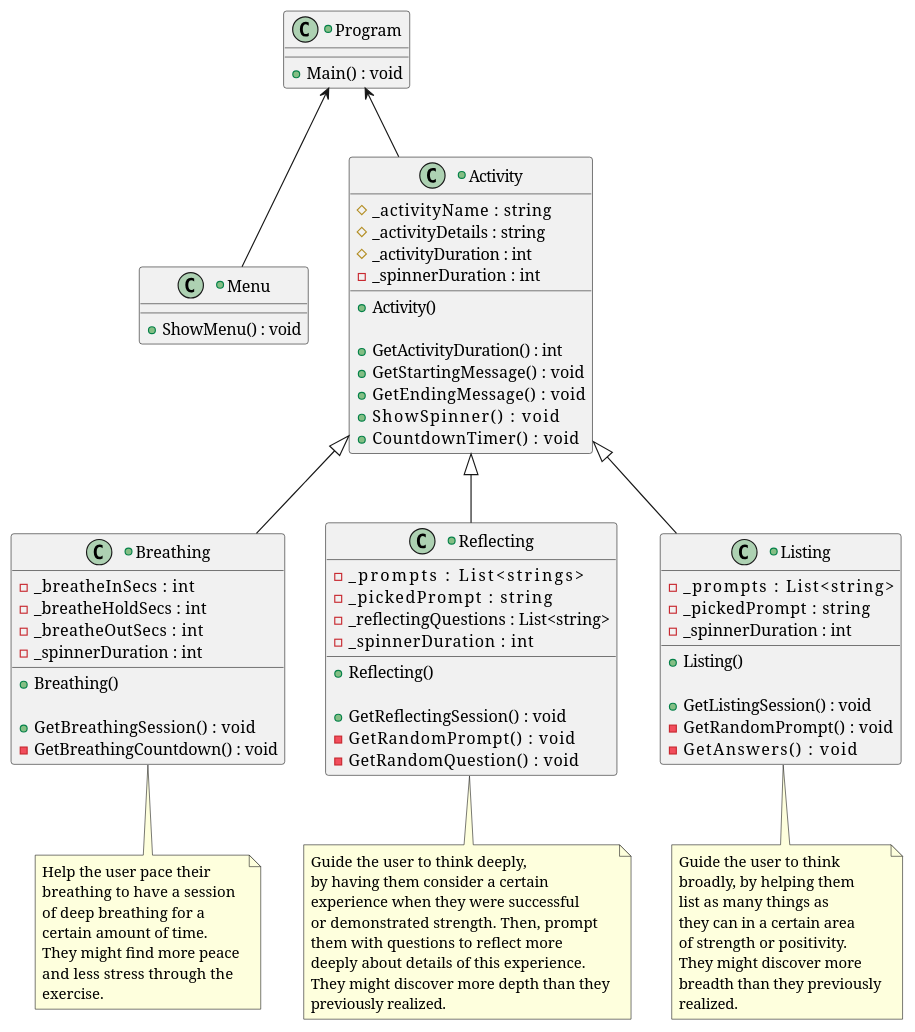
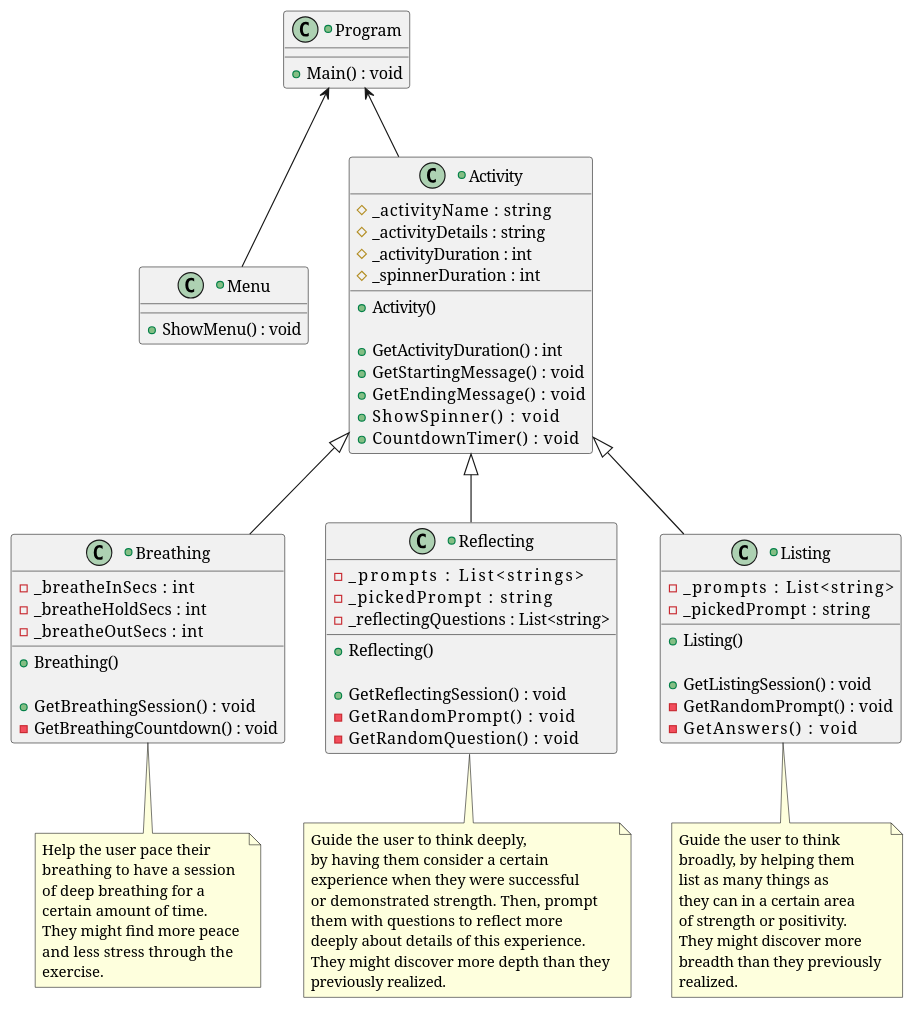
The diagram in prove/Develop04/Diagram.plantuml (moiseshn/cse210), drawn with PlantUML before and after one commit. The commit also changed 4 other files, not shown here.

```diff
--- a/prove/Develop04/Diagram.plantuml
+++ b/prove/Develop04/Diagram.plantuml
@@ -1,108 +1,105 @@
 @startuml Mindfulness
 
 +class Program {
   + Main()  : void
 }
 +class Menu {
   + ShowMenu() : void
 }
 +class Activity {
 ' Attributes
   # _activityName     : string
   # _activityDetails  : string
   # _activityDuration : int
-  - _spinnerDuration  : int
+  # _spinnerDuration  : int
 
 ' Constructors
   + Activity()
   
 ' Behaviors
   + GetActivityDuration() : int
   + GetStartingMessage()  : void
   + GetEndingMessage()    : void
   + ShowSpinner()         : void
   + CountdownTimer()      : void
 }
 
 +class Breathing {
 ' Attributes
   - _breatheInSecs    : int
   - _breatheHoldSecs  : int
   - _breatheOutSecs   : int
-  - _spinnerDuration  : int
 
 ' Constructors
   + Breathing()
 
 ' Behaviors
   + GetBreathingSession()   : void 
   - GetBreathingCountdown() : void
 }
 note bottom of Breathing
   Help the user pace their 
   breathing to have a session 
   of deep breathing for a 
   certain amount of time. 
   They might find more peace 
   and less stress through the 
   exercise.
 end note
 
 +class Reflecting {
 ' Attributes
   - _prompts              : List<strings>
   - _pickedPrompt         : string
   - _reflectingQuestions  : List<string>
-  - _spinnerDuration      : int
 
 ' Constructors
   + Reflecting()
 
 ' Behaviors
   + GetReflectingSession()  : void
   - GetRandomPrompt()       : void
   - GetRandomQuestion()     : void
 }
 note bottom of Reflecting
   Guide the user to think deeply, 
   by having them consider a certain 
   experience when they were successful 
   or demonstrated strength. Then, prompt 
   them with questions to reflect more 
   deeply about details of this experience. 
   They might discover more depth than they 
   previously realized.
 end note
 
 +class Listing {
 ' Attributes
   - _prompts          : List<string>
   - _pickedPrompt     : string
-  - _spinnerDuration  : int
 
 ' Constructors
   + Listing()
 
 ' Behaviors
   + GetListingSession() : void
   - GetRandomPrompt()   : void
   - GetAnswers()        : void
 }
 note bottom of Listing
   Guide the user to think 
   broadly, by helping them 
   list as many things as 
   they can in a certain area 
   of strength or positivity. 
   They might discover more 
   breadth than they previously 
   realized.
 end note
 
 Program <-- Menu
 Program <-- Activity
 Activity <|-- Breathing
 Activity <|-- Reflecting
 Activity <|-- Listing
 
 @enduml
```
